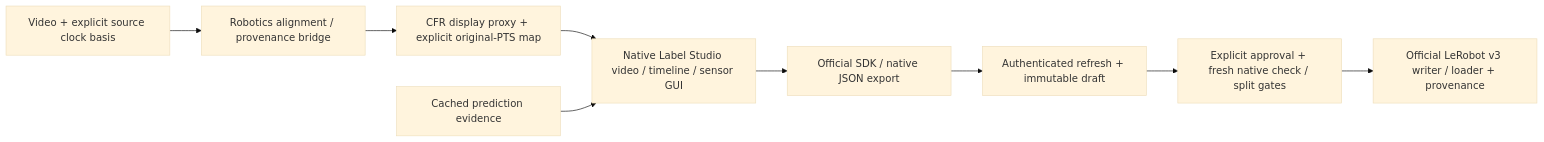
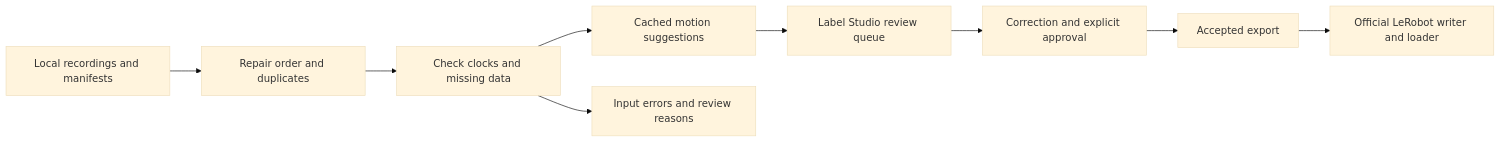
Before and after one commit to dyl-joseph/auto-robo-pipeline: the diagram in README.md, drawn with Mermaid (base theme). The commit also changed other lines of this file and 29 other files, not shown here.

````diff
--- a/README.md
+++ b/README.md
@@ -34,11 +42,11 @@
 ```mermaid
 flowchart LR
-    A[Video + explicit source clock basis] --> B[Robotics alignment / provenance bridge]
-    B --> C[CFR display proxy + explicit original-PTS map]
-    C --> D[Native Label Studio video / timeline / sensor GUI]
-    E[Cached prediction evidence] --> D
-    D --> F[Official SDK / native JSON export]
-    F --> G[Authenticated refresh + immutable draft]
-    G --> H[Explicit approval + fresh native check / split gates]
-    H --> I[Official LeRobot v3 writer / loader + provenance]
+    A[Local recordings and manifests] --> B[Repair order and duplicates]
+    B --> C[Check clocks and missing data]
+    C --> D[Cached motion suggestions]
+    D --> E[Label Studio review queue]
+    E --> F[Correction and explicit approval]
+    F --> G[Accepted export]
+    G --> H[Official LeRobot writer and loader]
+    C --> I[Input errors and review reasons]
 ```
````
